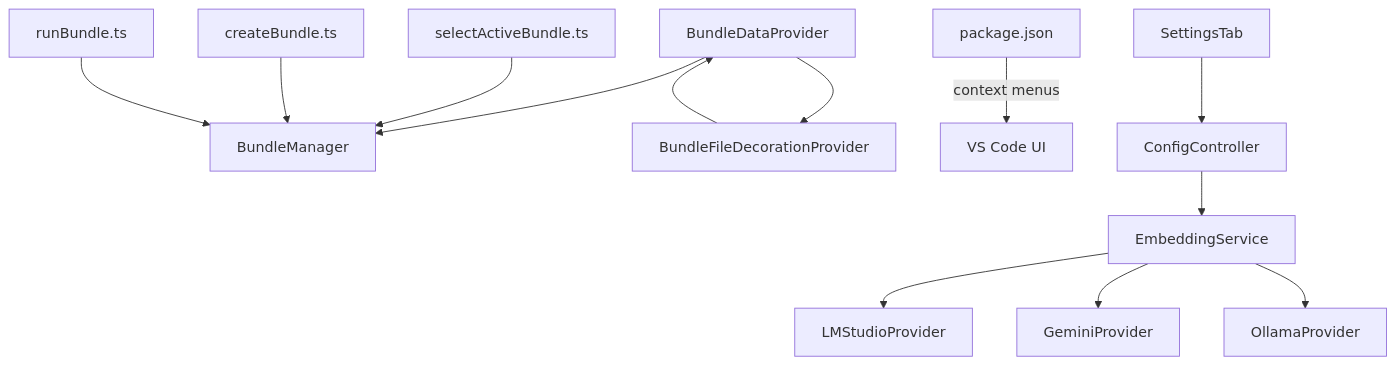
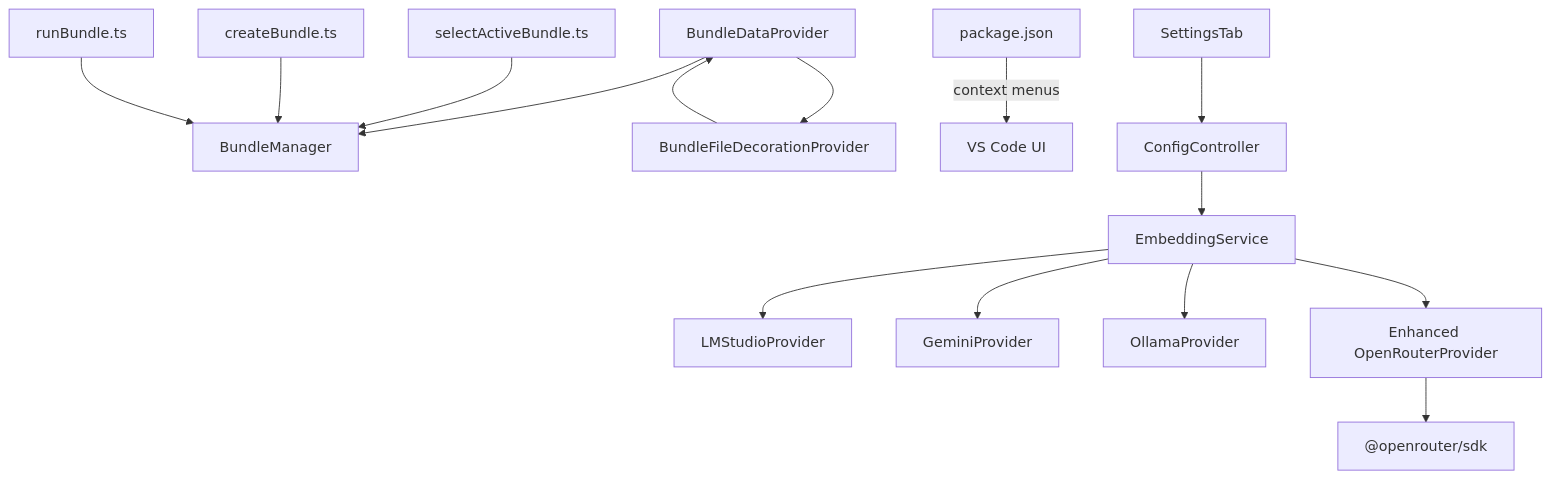
One commit to bramburn/repomix-runner changed diagram 11 of 11 in .qoder/repowiki/en/content/Storage System/Provider Patterns and Integration.md. Above: the diagram before and after it, drawn with Mermaid. The commit also changed other lines of this file and 14 other files, not shown here.

````diff
--- a/.qoder/repowiki/en/content/Storage System/Provider Patterns and Integration.md
+++ b/.qoder/repowiki/en/content/Storage System/Provider Patterns and Integration.md
@@ -539,15 +677,17 @@
 ```mermaid
 graph TB
 BDP["BundleDataProvider"] --> BM["BundleManager"]
 BDP --> DEC["BundleFileDecorationProvider"]
 DEC --> BDP
 CMD1["selectActiveBundle.ts"] --> BM
 CMD2["createBundle.ts"] --> BM
 CMD3["runBundle.ts"] --> BM
 PKG["package.json"] --> |"context menus"| UI["VS Code UI"]
 ETS["EmbeddingService"] --> LMP["LMStudioProvider"]
 ETS --> GMP["GeminiProvider"]
 ETS --> OMP["OllamaProvider"]
+ETS --> ORP["Enhanced OpenRouterProvider"]
 CC["ConfigController"] --> ETS
 ST["SettingsTab"] --> CC
+ORP --> SDK["@openrouter/sdk"]
 ```
````
